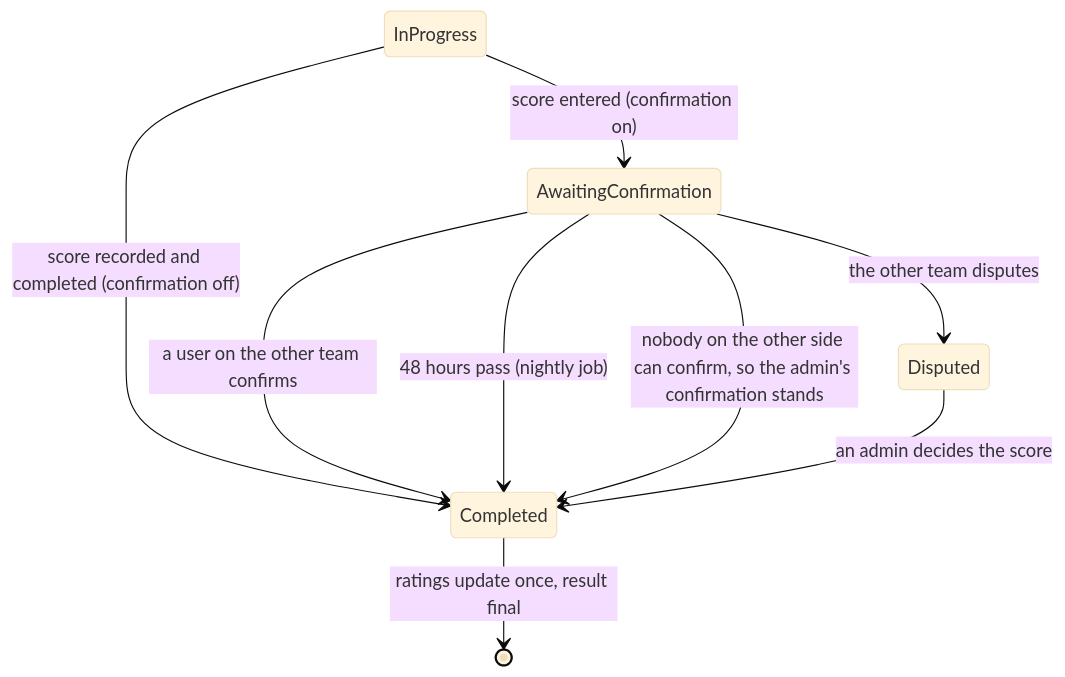
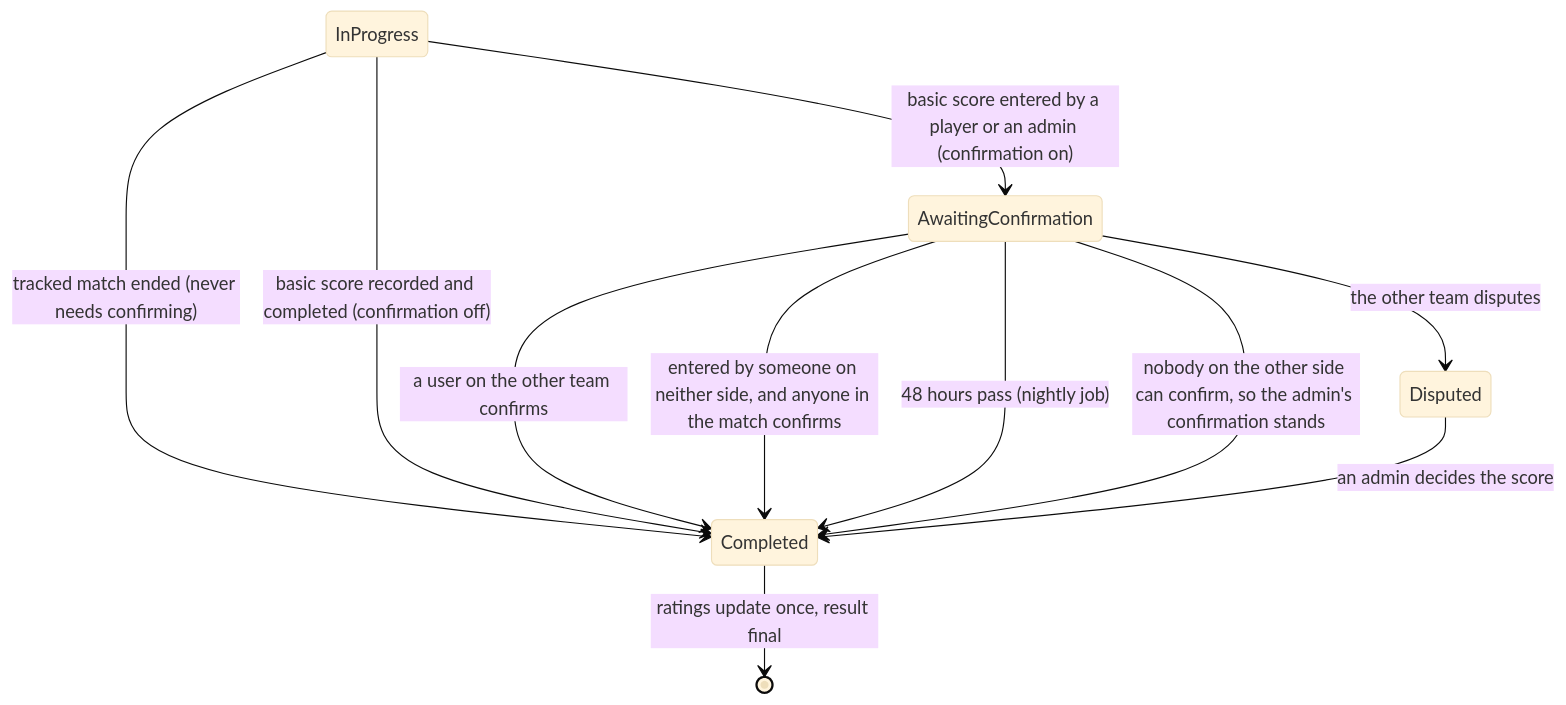
One commit to WeeDevvo/PitchMate changed the fifth of 5 diagrams in specs/master/03-journeys.md. Above: the diagram before and after it, drawn with Mermaid (base theme). The commit also changed other lines of this file and 9 other files, not shown here.

````diff
--- a/specs/master/03-journeys.md
+++ b/specs/master/03-journeys.md
@@ -178,11 +179,13 @@
 ```mermaid
 stateDiagram-v2
-  InProgress --> AwaitingConfirmation: score entered (confirmation on)
-  InProgress --> Completed: score recorded and completed (confirmation off)
+  InProgress --> AwaitingConfirmation: basic score entered by a player or an admin (confirmation on)
+  InProgress --> Completed: tracked match ended (never needs confirming)
+  InProgress --> Completed: basic score recorded and completed (confirmation off)
   AwaitingConfirmation --> Completed: a user on the other team confirms
+  AwaitingConfirmation --> Completed: entered by someone on neither side, and anyone in the match confirms
   AwaitingConfirmation --> Completed: 48 hours pass (nightly job)
   AwaitingConfirmation --> Completed: nobody on the other side can confirm, so the admin's confirmation stands
   AwaitingConfirmation --> Disputed: the other team disputes
   Disputed --> Completed: an admin decides the score
   Completed --> [*]: ratings update once, result final
 ```
````
